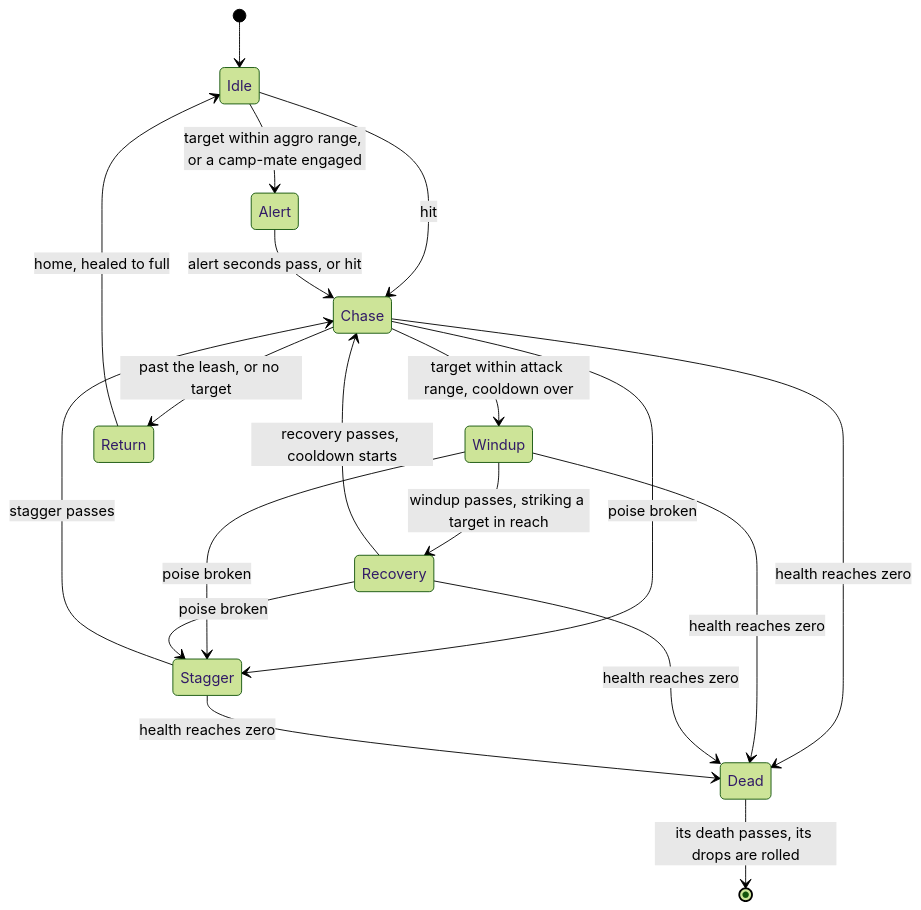
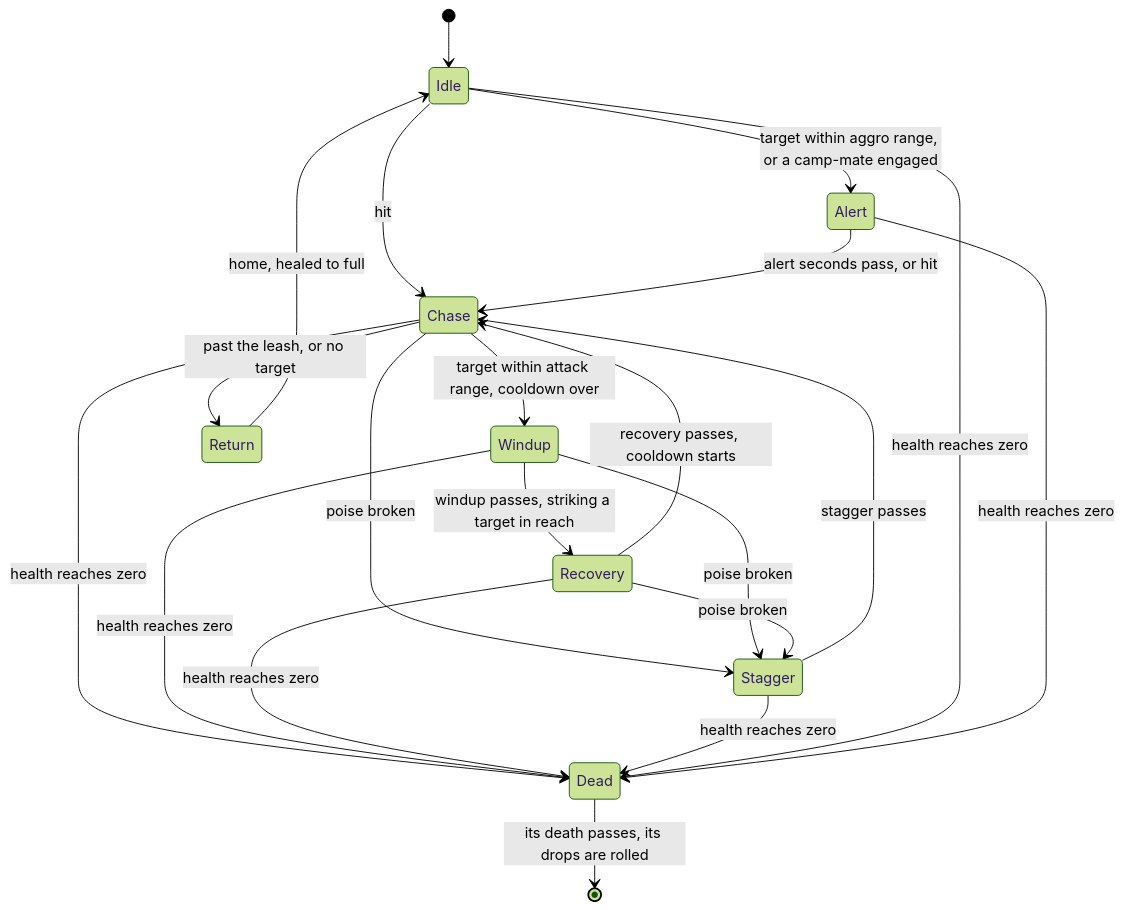
The diagram in apps/web/content/docs/genshin/enemies.md (Esposter/Esposter), drawn with Mermaid (forest theme) before and after one commit. The commit also changed other lines of this file and 1 other file, not shown here.

Commit message:
docs(genshin): a lethal hit kills an idle or alerted enemy, one draw covers all enemies, and enemies' page is no longer proposal-only
Answers: 4216711807
Answers: 4216711848
Answers: 4216711863

````diff
--- a/apps/web/content/docs/genshin/enemies.md
+++ b/apps/web/content/docs/genshin/enemies.md
@@ -12,21 +12,23 @@
 ```mermaid
 stateDiagram-v2
   [*] --> Idle
   Idle --> Alert: target within aggro range, or a camp-mate engaged
   Idle --> Chase: hit
   Alert --> Chase: alert seconds pass, or hit
   Chase --> Windup: target within attack range, cooldown over
   Windup --> Recovery: windup passes, striking a target in reach
   Recovery --> Chase: recovery passes, cooldown starts
   Chase --> Stagger: poise broken
   Windup --> Stagger: poise broken
   Recovery --> Stagger: poise broken
   Stagger --> Chase: stagger passes
   Chase --> Return: past the leash, or no target
   Return --> Idle: home, healed to full
   Chase --> Dead: health reaches zero
   Windup --> Dead: health reaches zero
   Recovery --> Dead: health reaches zero
   Stagger --> Dead: health reaches zero
+  Idle --> Dead: health reaches zero
+  Alert --> Dead: health reaches zero
   Dead --> [*]: its death passes, its drops are rolled
 ```
````
